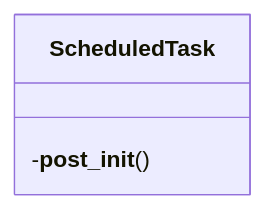
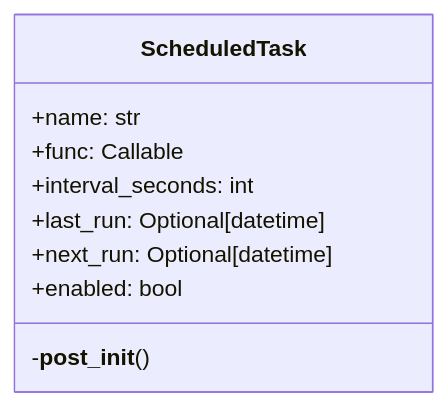
Before and after one commit to Brunvelop/autocode: the first of 2 diagrams in design/autocode/orchestration/scheduler_items.md, drawn with Mermaid. The commit also changed 22 other files, not shown here.

````diff
--- a/design/autocode/orchestration/scheduler_items.md
+++ b/design/autocode/orchestration/scheduler_items.md
@@ -20,7 +20,13 @@
 ```mermaid
 classDiagram
     class ScheduledTask {
+        +name: str
+        +func: Callable
+        +interval_seconds: int
+        +last_run: Optional[datetime]
+        +next_run: Optional[datetime]
+        +enabled: bool
         -__post_init__()
     }
 
 ```
````
